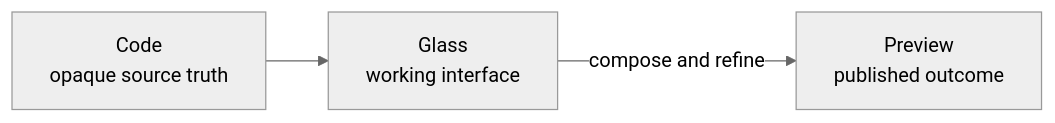
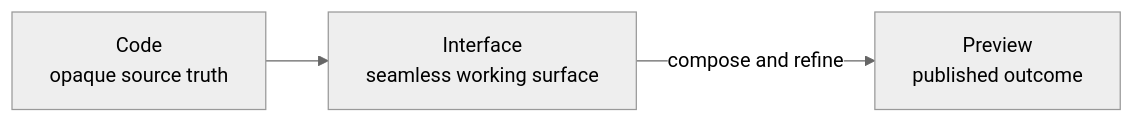
One commit to rbutera/Rennet changed the first of 3 diagrams in docs/src/content/docs/developing/concepts/design-doctrine.md. Above: the diagram before and after it, drawn with Mermaid (neutral theme). The commit also changed other lines of this file and 112 other files, not shown here.

````diff
--- a/docs/src/content/docs/developing/concepts/design-doctrine.md
+++ b/docs/src/content/docs/developing/concepts/design-doctrine.md
@@ -12,5 +12,5 @@
 ```mermaid
 flowchart LR
-  glass["Glass<br/>working interface"] -->|compose and refine| preview["Preview<br/>published outcome"]
-  code["Code<br/>opaque source truth"] --> glass
+  interface["Interface<br/>seamless working surface"] -->|compose and refine| preview["Preview<br/>published outcome"]
+  code["Code<br/>opaque source truth"] --> interface
 ```
````
